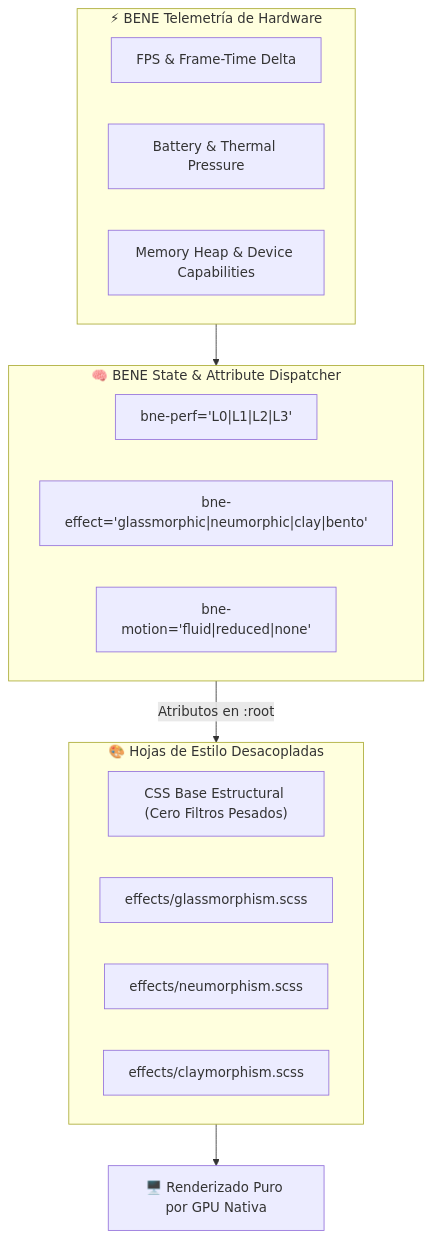
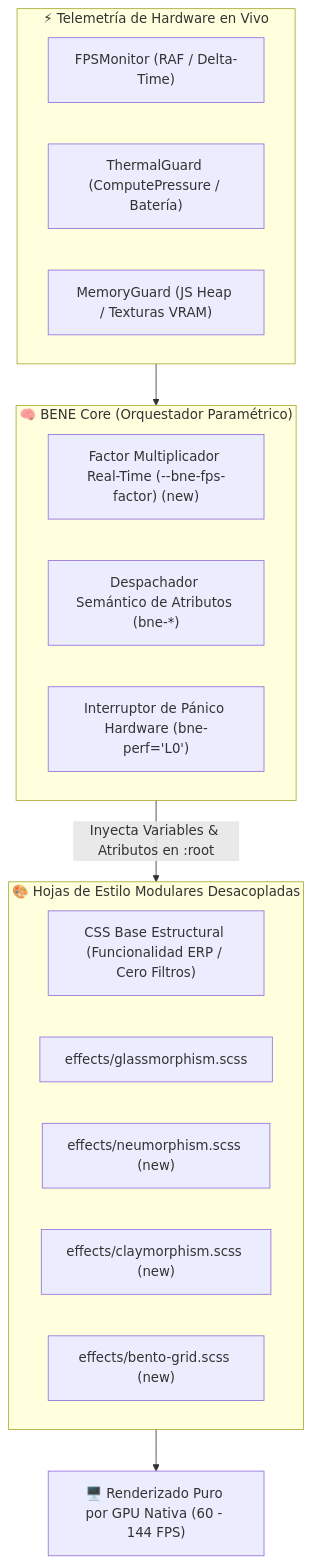
Before and after one commit to clepces/buca-ai: the diagram in docs/bene/6.0.0/README.md, drawn with Mermaid. The commit also changed other lines of this file and 6 other files, not shown here.

First line of the commit message:
docs(bene): migrate, optimize and expand BENE v6.0.0 architecture documentation

````diff
--- a/docs/bene/6.0.0/README.md
+++ b/docs/bene/6.0.0/README.md
@@ -13,25 +20,26 @@
 ```mermaid
 flowchart TD
-    subgraph CapaTelemetria["⚡ BENE Telemetría de Hardware"]
-        T_FPS["FPS & Frame-Time Delta"]
-        T_Power["Battery & Thermal Pressure"]
-        T_Memory["Memory Heap & Device Capabilities"]
+    subgraph Hardware["⚡ Telemetría de Hardware en Vivo"]
+        FPS["FPSMonitor (RAF / Delta-Time)"]
+        Thermal["ThermalGuard (ComputePressure / Batería)"]
+        Memory["MemoryGuard (JS Heap / Texturas VRAM)"]
     end
 
-    subgraph CapaOrquestacion["🧠 BENE State & Attribute Dispatcher"]
-        Attr1["bne-perf='L0|L1|L2|L3'"]
-        Attr2["bne-effect='glassmorphic|neumorphic|clay|bento'"]
-        Attr3["bne-motion='fluid|reduced|none'"]
+    subgraph CoreBENE["🧠 BENE Core (Orquestador Paramétrico)"]
+        Multiplier["Factor Multiplicador Real-Time (--bne-fps-factor) (new)"]
+        Dispatcher["Despachador Semántico de Atributos (bne-*)"]
+        PanicSwitch["Interruptor de Pánico Hardware (bne-perf='L0')"]
     end
 
-    subgraph CapaCSS["🎨 Hojas de Estilo Desacopladas"]
-        CSS_Base["CSS Base Estructural (Cero Filtros Pesados)"]
-        CSS_Glass["effects/glassmorphism.scss"]
-        CSS_Neu["effects/neumorphism.scss"]
-        CSS_Clay["effects/claymorphism.scss"]
+    subgraph CSSLayers["🎨 Hojas de Estilo Modulares Desacopladas"]
+        CSSBase["CSS Base Estructural (Funcionalidad ERP / Cero Filtros)"]
+        Glass["effects/glassmorphism.scss"]
+        Neu["effects/neumorphism.scss (new)"]
+        Clay["effects/claymorphism.scss (new)"]
+        Bento["effects/bento-grid.scss (new)"]
     end
 
-    CapaTelemetria --> CapaOrquestacion
-    CapaOrquestacion -->|Atributos en :root| CapaCSS
-    CapaCSS --> Viewport["🖥️ Renderizado Puro por GPU Nativa"]
+    Hardware --> CoreBENE
+    CoreBENE -->|Inyecta Variables & Atributos en :root| CSSLayers
+    CSSLayers --> GPU["🖥️ Renderizado Puro por GPU Nativa (60 - 144 FPS)"]
 ```
````
